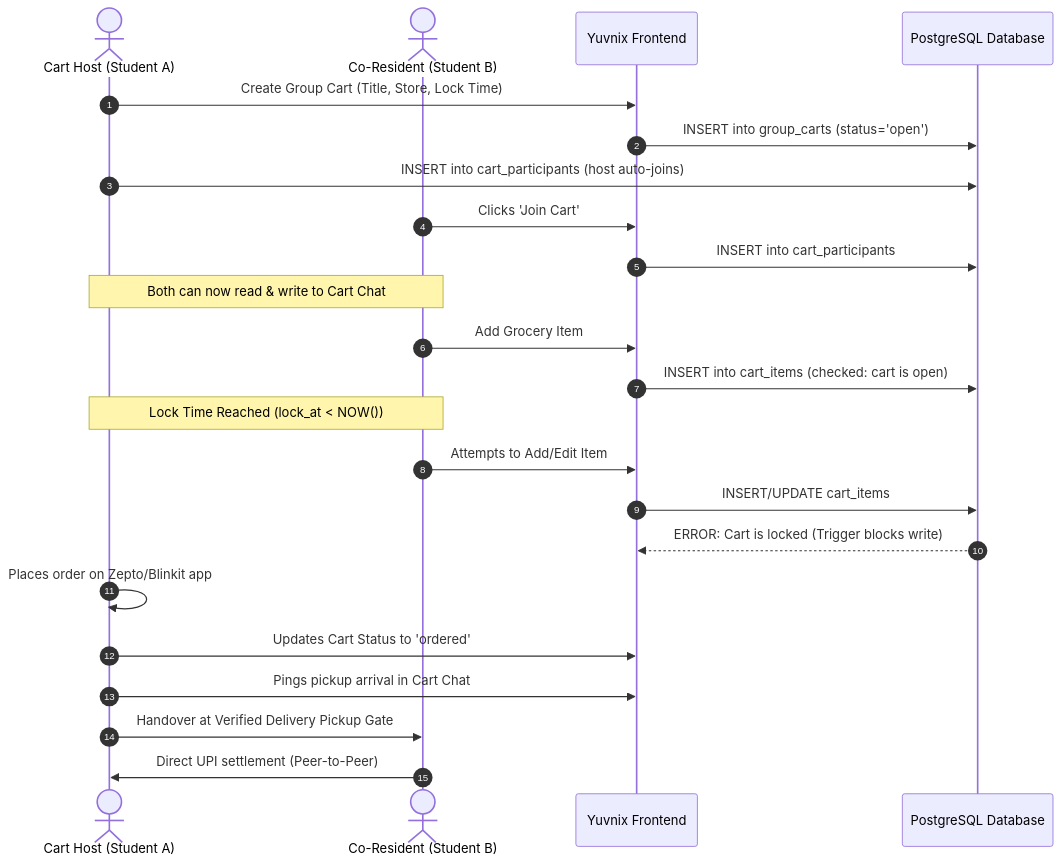
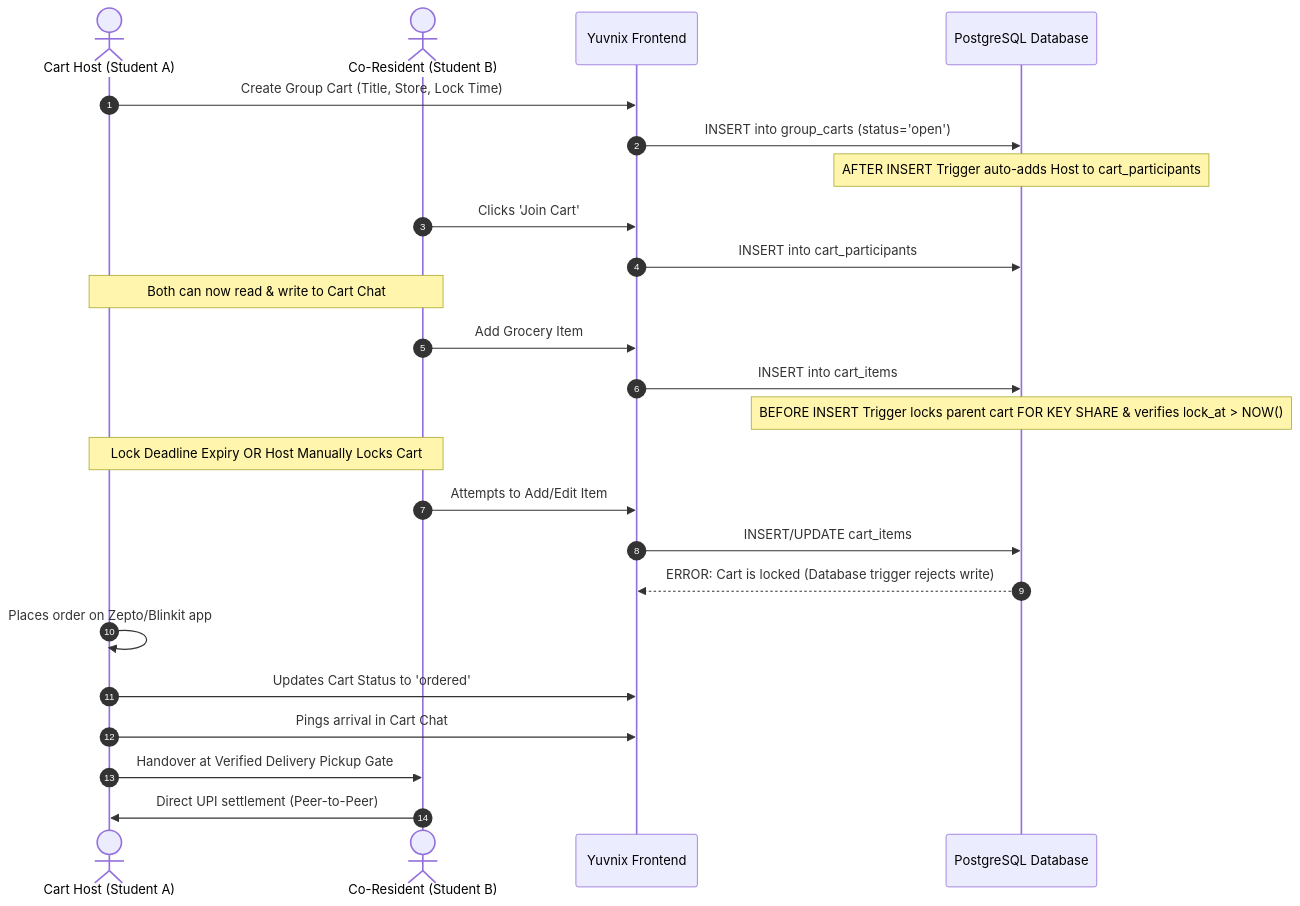
One commit to savanmalani12-sketch/Yuvnix changed the second of 3 diagrams in docs/PRODUCT_SPEC.md. Above: the diagram before and after it, drawn with Mermaid. The commit also changed other lines of this file and 1 other file, not shown here.

Commit message:
docs(architecture): complete security audit remediation for v3.0 certified specification

````diff
--- a/docs/PRODUCT_SPEC.md
+++ b/docs/PRODUCT_SPEC.md
@@ -117,26 +130,27 @@
 ```mermaid
 sequenceDiagram
     autonumber
     actor Host as Cart Host (Student A)
     actor Joiner as Co-Resident (Student B)
     participant App as Yuvnix Frontend
     participant DB as PostgreSQL Database
     
     Host->>App: Create Group Cart (Title, Store, Lock Time)
     App->>DB: INSERT into group_carts (status='open')
-    Host->>DB: INSERT into cart_participants (host auto-joins)
+    Note over DB: AFTER INSERT Trigger auto-adds Host to cart_participants
     Joiner->>App: Clicks 'Join Cart'
     App->>DB: INSERT into cart_participants
     Note over Host,Joiner: Both can now read & write to Cart Chat
     Joiner->>App: Add Grocery Item
-    App->>DB: INSERT into cart_items (checked: cart is open)
-    Note over Host,Joiner: Lock Time Reached (lock_at < NOW())
+    App->>DB: INSERT into cart_items
+    Note over DB: BEFORE INSERT Trigger locks parent cart FOR KEY SHARE & verifies lock_at > NOW()
+    Note over Host,Joiner: Lock Deadline Expiry OR Host Manually Locks Cart
     Joiner->>App: Attempts to Add/Edit Item
     App->>DB: INSERT/UPDATE cart_items
-    DB-->>App: ERROR: Cart is locked (Trigger blocks write)
+    DB-->>App: ERROR: Cart is locked (Database trigger rejects write)
     Host->>Host: Places order on Zepto/Blinkit app
     Host->>App: Updates Cart Status to 'ordered'
-    Host->>App: Pings pickup arrival in Cart Chat
+    Host->>App: Pings arrival in Cart Chat
     Host->>Joiner: Handover at Verified Delivery Pickup Gate
     Joiner->>Host: Direct UPI settlement (Peer-to-Peer)
 ```
````
